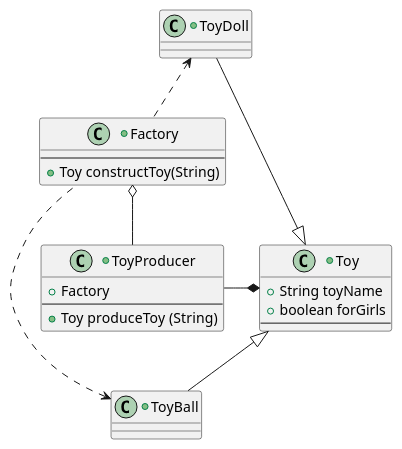
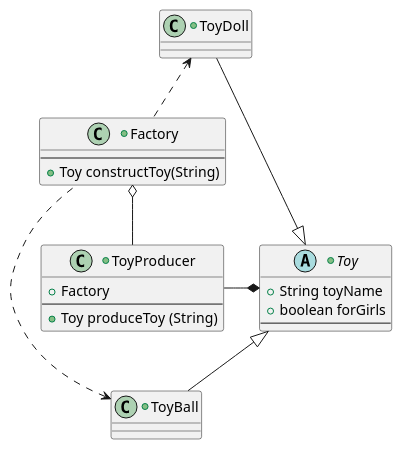
Before and after one commit to vitalispopoff/designPatterns: the diagram in src/factories/simpleFactory/implementation_01/uml/Factory_01.puml, drawn with PlantUML. The commit also changed 24 other files, not shown here.

```diff
--- a/src/factories/simpleFactory/implementation_01/uml/Factory_01.puml
+++ b/src/factories/simpleFactory/implementation_01/uml/Factory_01.puml
@@ -1,32 +1,32 @@
 @startuml
 
 +class ToyProducer{
         +{field} Factory
     --
         +{method} Toy produceToy (String)
 }
 
-+class Toy{
++abstract class Toy{
         +{field} String toyName
         +{field} boolean forGirls
     --
 }
 
 +class ToyBall extends Toy{
 }
 
 +class ToyDoll extends Toy{
 }
 
 +class Factory{
     --
         +{method} Toy constructToy(String)
 }
 
 ToyProducer -right-* Toy
 
 ToyProducer -up-o Factory
 Factory .up.> ToyBall
 Factory .up.> ToyDoll
 
 @enduml
```
